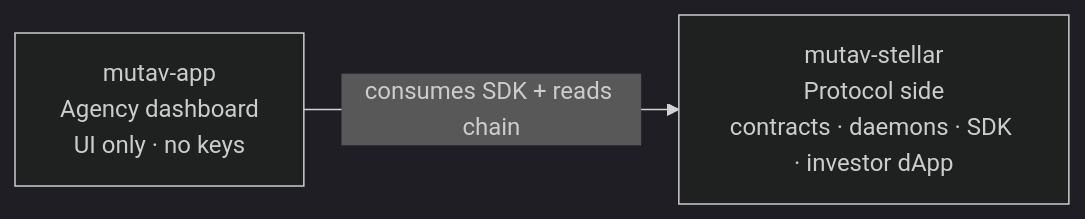
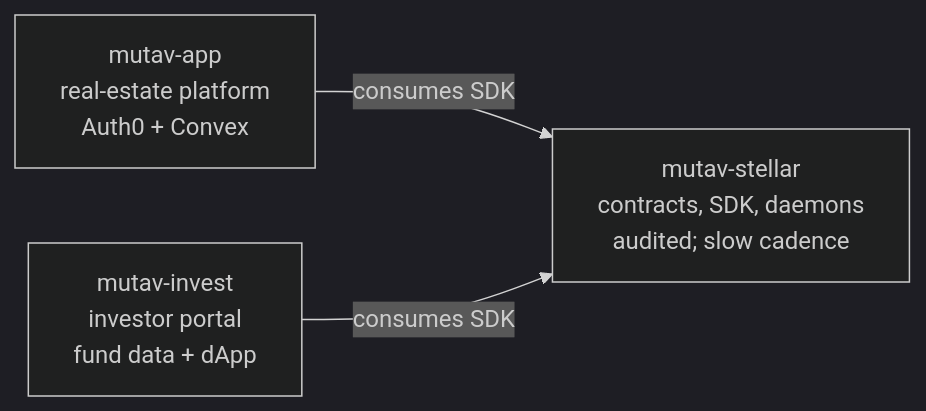
One commit to mutav-finance/mutav-stellar changed the diagram in README.md. Above: the diagram before and after it, drawn with Mermaid (dark theme). The commit also changed other lines of this file and 5 other files, not shown here.

First line of the commit message:
docs: revise to three-repo split (mutav-stellar / mutav-app / mutav-invest)

````diff
--- a/README.md
+++ b/README.md
@@ -18,6 +20,8 @@
 ```mermaid
 flowchart LR
-  S[mutav-stellar<br/>Protocol side<br/>contracts · daemons · SDK · investor dApp]
-  A[mutav-app<br/>Agency dashboard<br/>UI only · no keys]
-  A -->|consumes SDK + reads chain| S
+  STL[mutav-stellar<br/>contracts, SDK, daemons<br/>audited; slow cadence]
+  APP[mutav-app<br/>real-estate platform<br/>Auth0 + Convex]
+  INV[mutav-invest<br/>investor portal<br/>fund data + dApp]
+  APP -->|consumes SDK| STL
+  INV -->|consumes SDK| STL
 ```
````
